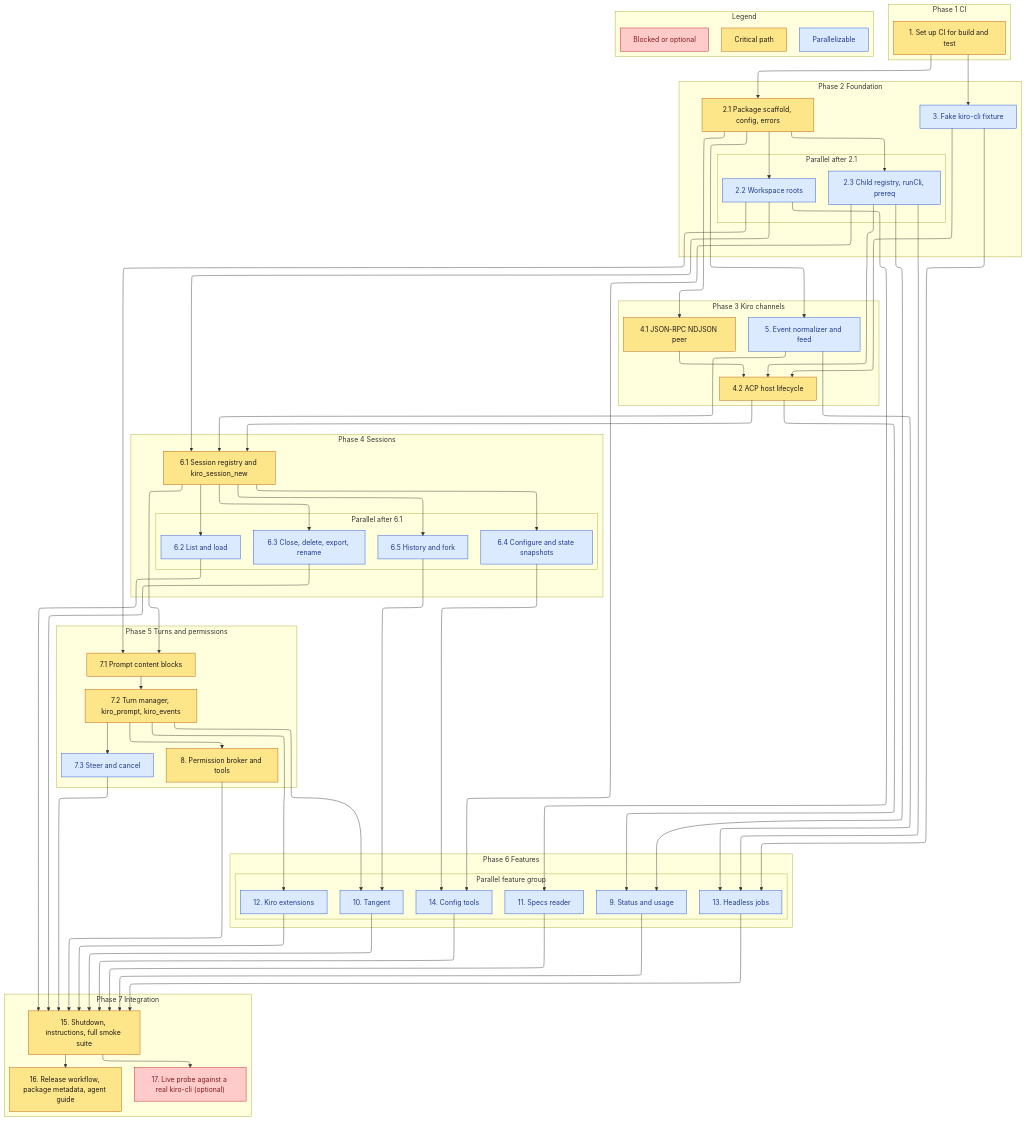
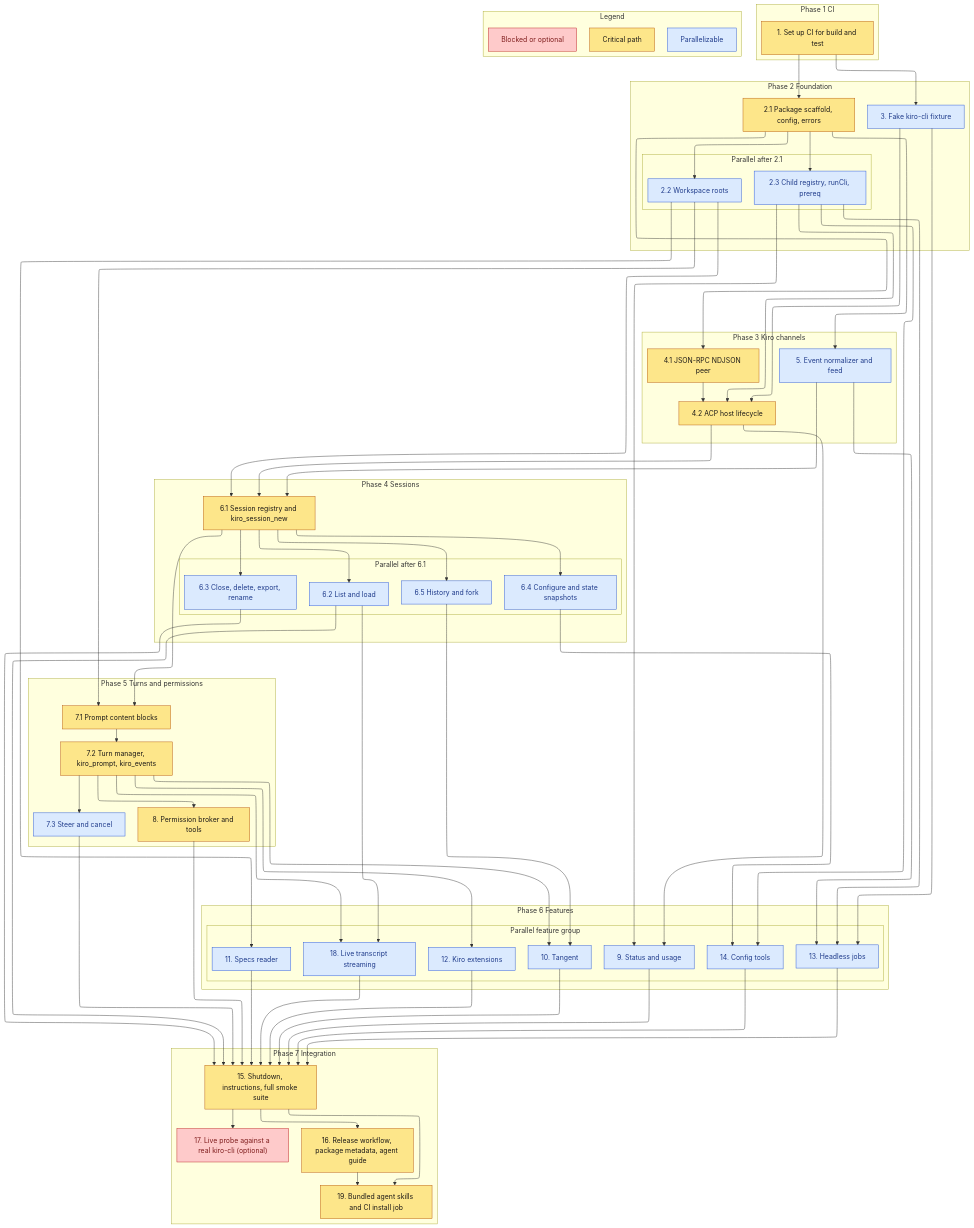
The diagram in .kiro/specs/kiro-v3-orchestration/tasks.md (sohampatwardhan/kiro-mcp-server), drawn with Mermaid before and after one commit. The commit also changed other lines of this file, not shown here.

```diff
--- a/.kiro/specs/kiro-v3-orchestration/tasks.md
+++ b/.kiro/specs/kiro-v3-orchestration/tasks.md
@@ -51,12 +51,14 @@
       t12["12. Kiro extensions"]
       t13["13. Headless jobs"]
       t14["14. Config tools"]
+      t18["18. Live transcript streaming"]
     end
   end
   subgraph phase7 [Phase 7 Integration]
     t15["15. Shutdown, instructions, full smoke suite"]
     t16["16. Release workflow, package metadata, agent guide"]
     t17["17. Live probe against a real kiro-cli (optional)"]
+    t19["19. Bundled agent skills and CI install job"]
   end
   subgraph legend [Legend]
     legCrit["Critical path"]
@@ -105,13 +107,18 @@
   t12 --> t15
   t13 --> t15
   t14 --> t15
+  t62 --> t18
+  t72 --> t18
+  t18 --> t15
+  t15 --> t19
+  t16 --> t19
   t15 --> t16
   t15 --> t17
   classDef critical fill:#fde68a,stroke:#b45309,color:#1c1917
   classDef parallel fill:#dbeafe,stroke:#1d4ed8,color:#1e3a8a
   classDef blocked fill:#fecaca,stroke:#b91c1c,color:#7f1d1d
-  class t1,t21,t41,t42,t61,t71,t72,t8,t15,t16 critical
-  class t22,t23,t3,t5,t62,t63,t64,t65,t73,t9,t10,t11,t12,t13,t14 parallel
+  class t1,t21,t41,t42,t61,t71,t72,t8,t15,t16,t19 critical
+  class t22,t23,t3,t5,t62,t63,t64,t65,t73,t9,t10,t11,t12,t13,t14,t18 parallel
   class t17 blocked
   class legCrit critical
   class legPar parallel
```
